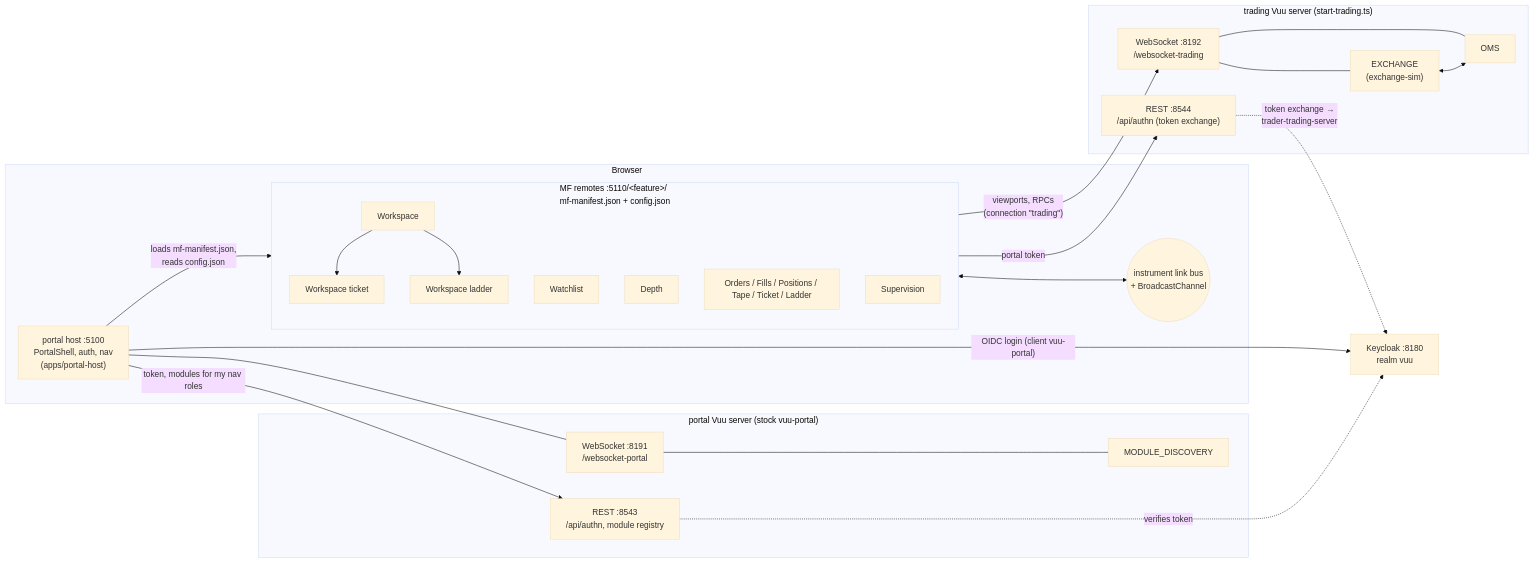
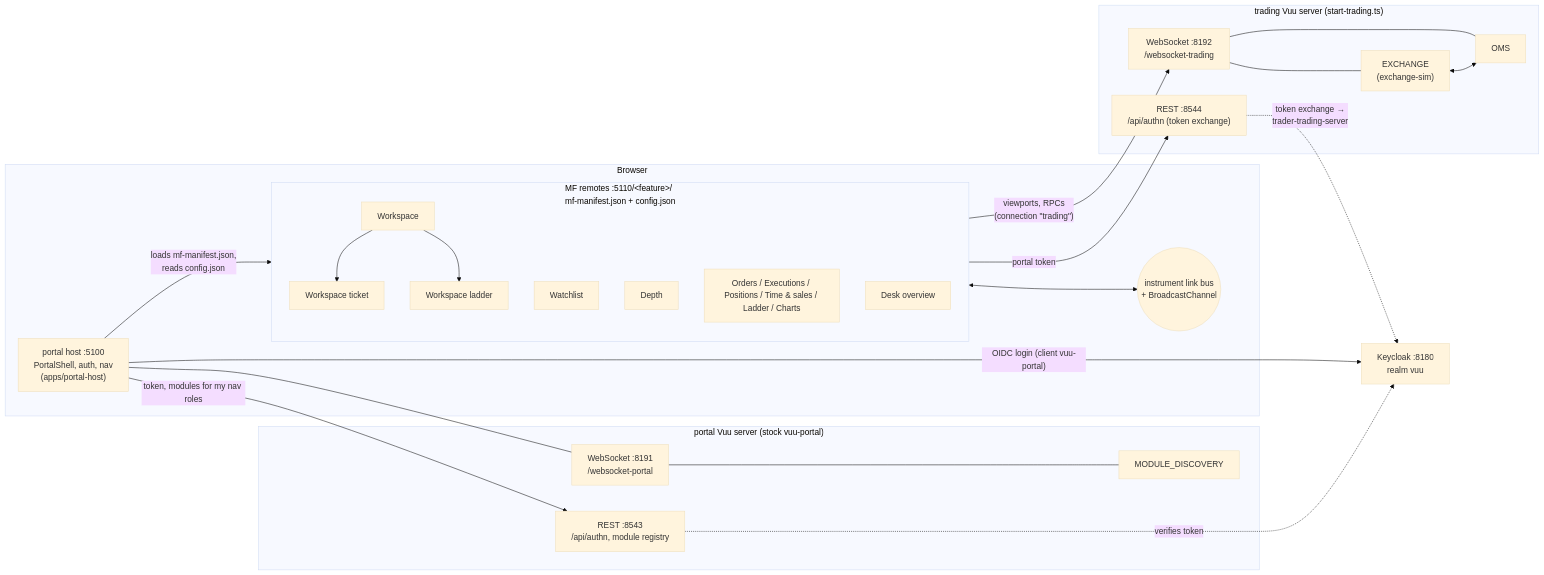
One commit to heswell/trader changed the diagram in docs/portal-integration.md. Above: the diagram before and after it, drawn with Mermaid (base theme). The commit also changed other lines of this file and 60 other files, not shown here.

````diff
--- a/docs/portal-integration.md
+++ b/docs/portal-integration.md
@@ -15,39 +15,39 @@
 ```mermaid
 flowchart LR
   subgraph Browser
     Host["portal host :5100<br/>PortalShell, auth, nav<br/>(apps/portal-host)"]
     subgraph Remotes["MF remotes :5110/&lt;feature&gt;/<br/>mf-manifest.json + config.json"]
       WS[Workspace] --> WT[Workspace ticket]
       WS --> WL[Workspace ladder]
       W[Watchlist]
       D[Depth]
-      O[Orders / Fills / Positions / Tape / Ticket / Ladder]
-      SV[Supervision]
+      O[Orders / Executions / Positions / Time &amp; sales / Ladder / Charts]
+      SV[Desk overview]
     end
     Host -- "loads mf-manifest.json,<br/>reads config.json" --> Remotes
     Bus(("instrument link bus<br/>+ BroadcastChannel"))
     Remotes <--> Bus
   end
   KC["Keycloak :8180<br/>realm vuu"]
   subgraph Portal["portal Vuu server (stock vuu-portal)"]
     REST["REST :8543<br/>/api/authn, module registry"]
     WSS["WebSocket :8191<br/>/websocket-portal"]
     MD[MODULE_DISCOVERY]
   end
   subgraph Trading["trading Vuu server (start-trading.ts)"]
     TREST["REST :8544<br/>/api/authn (token exchange)"]
     TWSS["WebSocket :8192<br/>/websocket-trading"]
     EX["EXCHANGE<br/>(exchange-sim)"]
     OMS[OMS]
   end
   Host -- "OIDC login (client vuu-portal)" --> KC
   Host -- "token, modules for my nav roles" --> REST
   Host --- WSS
   WSS --- MD
   Remotes -- "portal token" --> TREST
   TREST -. "token exchange →<br/>trader-trading-server" .-> KC
   Remotes -- "viewports, RPCs<br/>(connection &quot;trading&quot;)" --> TWSS
   REST -. "verifies token" .-> KC
   TWSS --- EX & OMS
   EX <--> OMS
 ```
````
